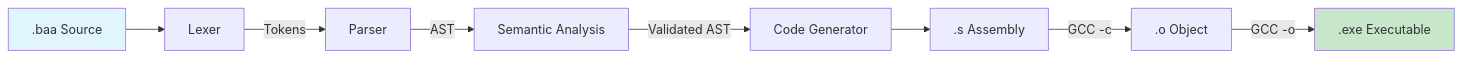
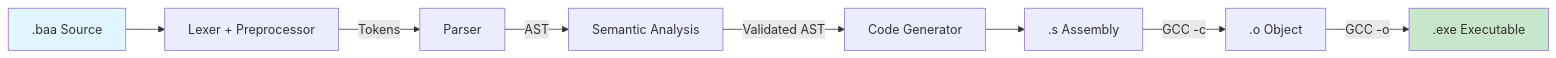
One commit to OmarAglan/Baa changed the diagram in docs/INTERNALS.md. Above: the diagram before and after it, drawn with Mermaid. The commit also changed other lines of this file and 8 other files, not shown here.

````diff
--- a/docs/INTERNALS.md
+++ b/docs/INTERNALS.md
@@ -32,13 +32,13 @@
 ```mermaid
 flowchart LR
-    A[".baa Source"] --> B["Lexer"]
+    A[".baa Source"] --> B["Lexer + Preprocessor"]
     B -->|Tokens| C["Parser"]
     C -->|AST| D["Semantic Analysis"]
     D -->|Validated AST| E["Code Generator"]
     E --> F[".s Assembly"]
     F -->|GCC -c| G[".o Object"]
     G -->|GCC -o| H[".exe Executable"]
     
     style A fill:#e1f5fe
     style H fill:#c8e6c9
 ```
````
